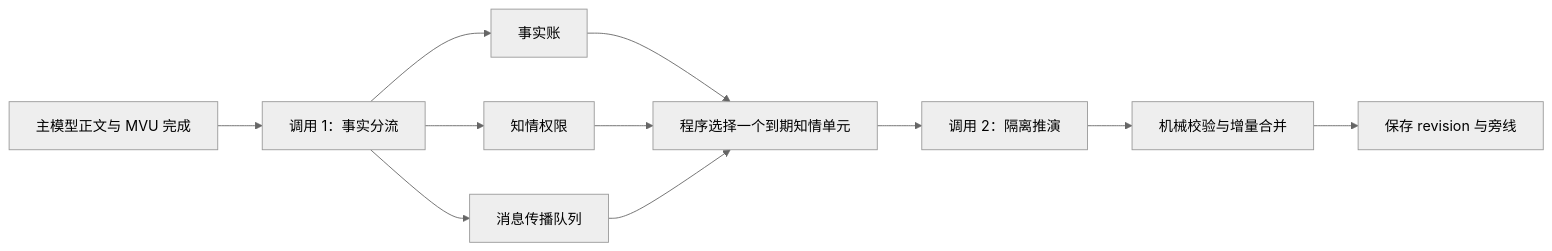
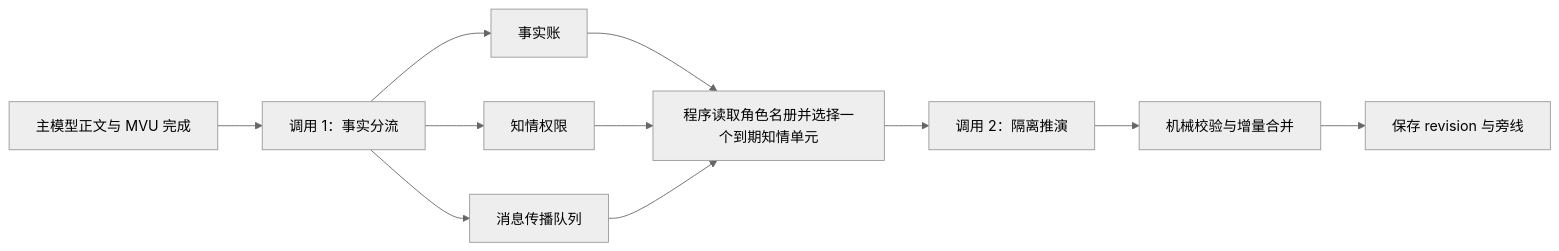
The diagram in docs/天下演化系统设计.md (CSEZK/CMYJ-Frontend), drawn with Mermaid (neutral theme) before and after one commit. The commit also changed other lines of this file and 5 other files, not shown here.

````diff
--- a/docs/天下演化系统设计.md
+++ b/docs/天下演化系统设计.md
@@ -15,13 +15,13 @@
 ```mermaid
 flowchart LR
   A[主模型正文与 MVU 完成] --> B[调用 1：事实分流]
   B --> C[事实账]
   B --> D[知情权限]
   B --> E[消息传播队列]
-  C --> F[程序选择一个到期知情单元]
+  C --> F[程序读取角色名册并选择一个到期知情单元]
   D --> F
   E --> F
   F --> G[调用 2：隔离推演]
   G --> H[机械校验与增量合并]
   H --> I[保存 revision 与旁线]
 ```
````
